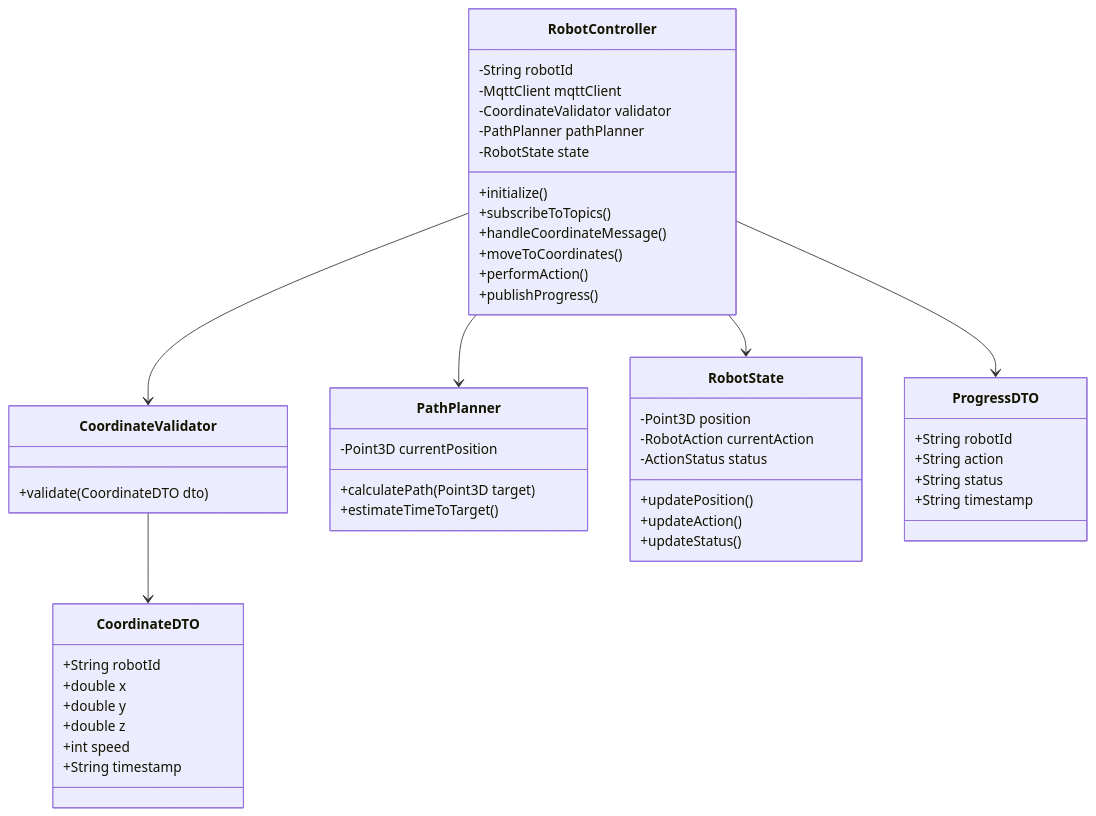
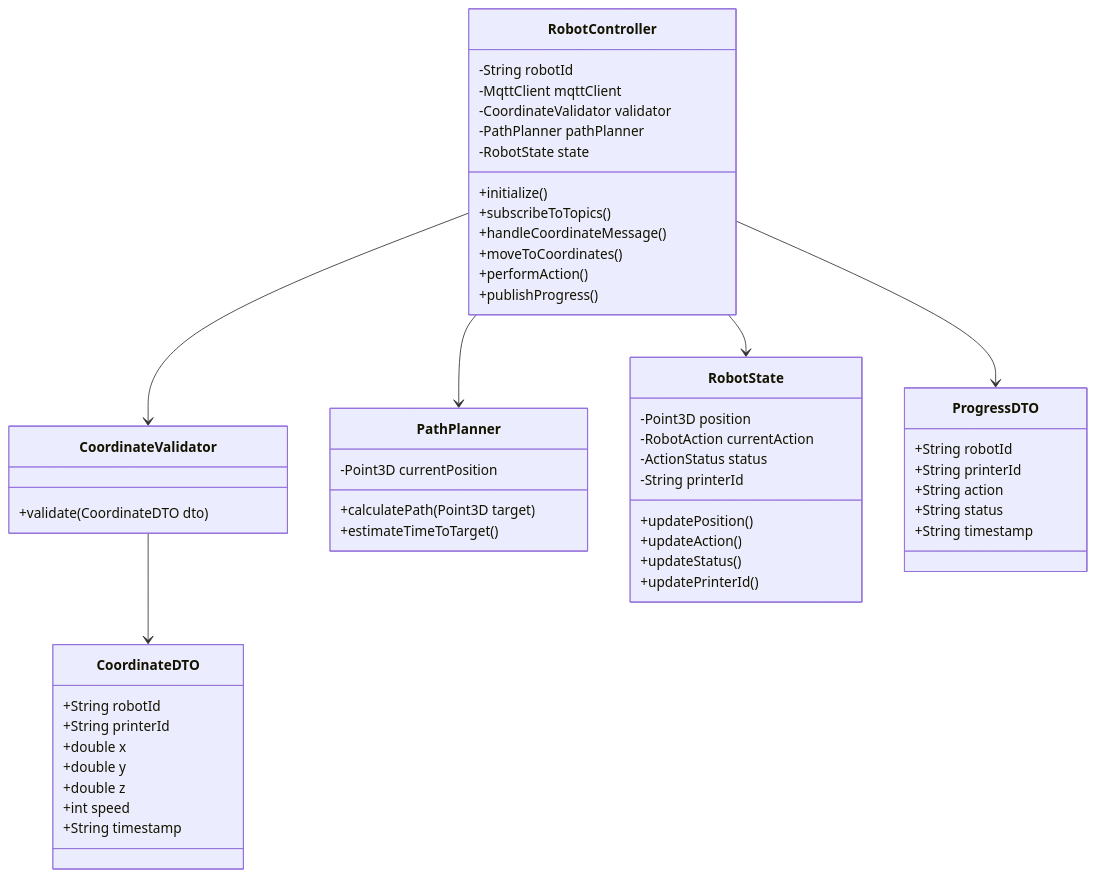
Before and after one commit to leonardosos/3D_Printer_Lab: the diagram in robot/README.md, drawn with Mermaid. The commit also changed other lines of this file and 10 other files, not shown here.

````diff
--- a/robot/README.md
+++ b/robot/README.md
@@ -35,57 +36,61 @@
 ```mermaid
 classDiagram
     class RobotController {
         -String robotId
         -MqttClient mqttClient
         -CoordinateValidator validator
         -PathPlanner pathPlanner
         -RobotState state
         +initialize()
         +subscribeToTopics()
         +handleCoordinateMessage()
         +moveToCoordinates()
         +performAction()
         +publishProgress()
     }
     
     class CoordinateValidator {
         +validate(CoordinateDTO dto)
     }
     
     class PathPlanner {
         -Point3D currentPosition
         +calculatePath(Point3D target)
         +estimateTimeToTarget()
     }
     
     class RobotState {
         -Point3D position
         -RobotAction currentAction
         -ActionStatus status
+        -String printerId
         +updatePosition()
         +updateAction()
         +updateStatus()
+        +updatePrinterId()
     }
     
     class CoordinateDTO {
         +String robotId
+        +String printerId
         +double x
         +double y
         +double z
         +int speed
         +String timestamp
     }
     
     class ProgressDTO {
         +String robotId
+        +String printerId
         +String action
         +String status
         +String timestamp
     }
     
     RobotController --> CoordinateValidator
     RobotController --> PathPlanner
     RobotController --> RobotState
     CoordinateValidator --> CoordinateDTO
     RobotController --> ProgressDTO
 ```
````
